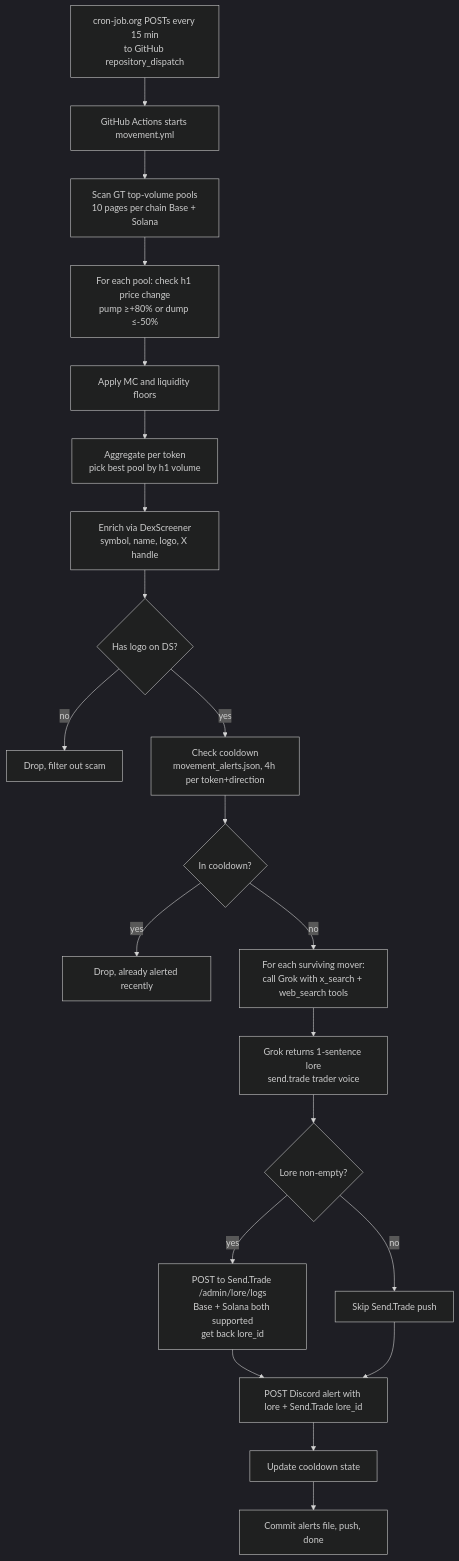
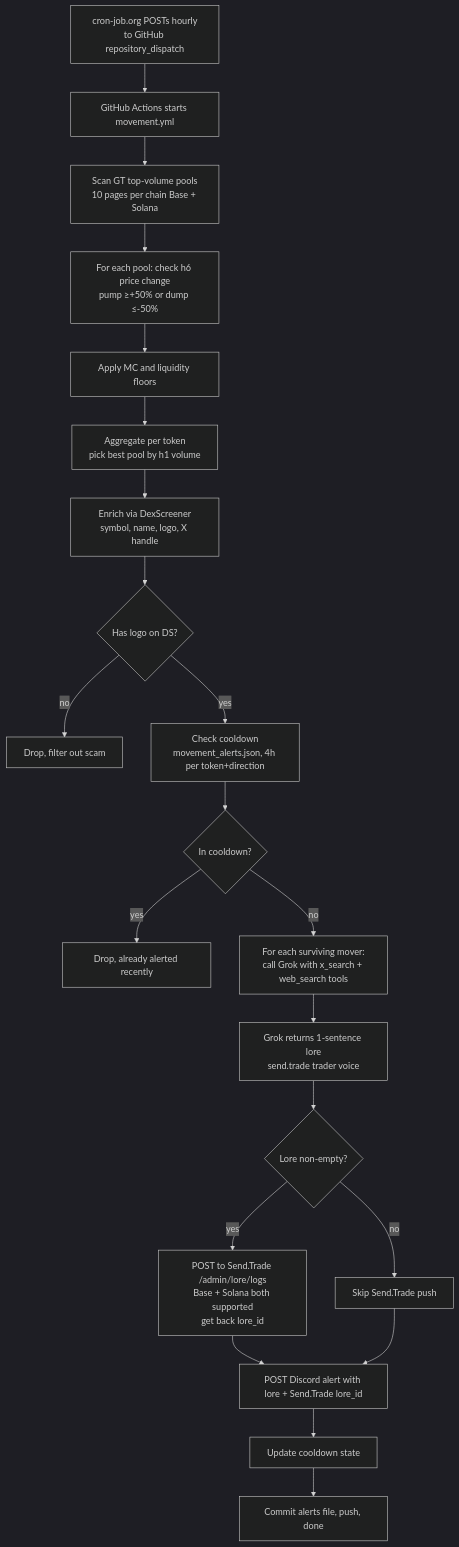
Before and after one commit to beawesomelee/send-trade-monitor: the second of 2 diagrams in README.md, drawn with Mermaid (dark theme). The commit also changed other lines of this file and 2 other files, not shown here.

First line of the commit message:
Movement: switch primary window to 6h, back to hourly cadence

````diff
--- a/README.md
+++ b/README.md
@@ -47,23 +47,23 @@
 ```mermaid
 flowchart TD
-    A[cron-job.org POSTs every 15 min<br/>to GitHub repository_dispatch] --> B[GitHub Actions starts movement.yml]
+    A[cron-job.org POSTs hourly<br/>to GitHub repository_dispatch] --> B[GitHub Actions starts movement.yml]
     B --> C[Scan GT top-volume pools<br/>10 pages per chain Base + Solana]
-    C --> D[For each pool: check h1 price change<br/>pump &ge;+80% or dump &le;-50%]
+    C --> D[For each pool: check h6 price change<br/>pump &ge;+50% or dump &le;-50%]
     D --> E[Apply MC and liquidity floors]
     E --> F[Aggregate per token<br/>pick best pool by h1 volume]
     F --> G[Enrich via DexScreener<br/>symbol, name, logo, X handle]
     G --> H{Has logo on DS?}
     H -->|no| Z1[Drop, filter out scam]
     H -->|yes| I[Check cooldown<br/>movement_alerts.json, 4h per token+direction]
     I --> J{In cooldown?}
     J -->|yes| Z2[Drop, already alerted recently]
     J -->|no| K[For each surviving mover:<br/>call Grok with x_search + web_search tools]
     K --> L[Grok returns 1-sentence lore<br/>send.trade trader voice]
     L --> M{Lore non-empty?}
     M -->|yes| N[POST to Send.Trade /admin/lore/logs<br/>Base + Solana both supported<br/>get back lore_id]
     M -->|no| O[Skip Send.Trade push]
     N --> P[POST Discord alert with lore + Send.Trade lore_id]
     O --> P
     P --> Q[Update cooldown state]
     Q --> R[Commit alerts file, push, done]
 ```
````
